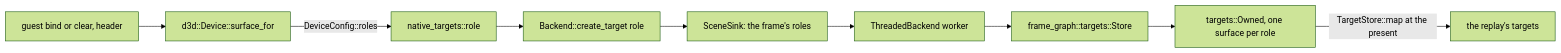
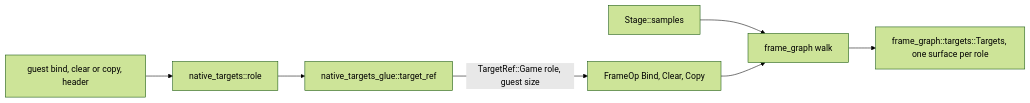
One commit to 0xdeafcafe/h2r changed the second of 2 diagrams in docs/graphics/retire-d3d-display.md. Above: the diagram before and after it, drawn with Mermaid (forest theme). The commit also changed other lines of this file and 5 other files, not shown here.

Commit message:
Water ocean: MTRP and 3trp templates through the group's object (0x137bd0: 0x2243a0, 0x2242a0, 0x224d70); a texture block or image still loading waits a frame (no texture_cold, texture_request, shader_group); docs: the graph's targets as the frame graph keeps them

````diff
--- a/docs/graphics/retire-d3d-display.md
+++ b/docs/graphics/retire-d3d-display.md
@@ -307,11 +307,9 @@
 ```mermaid
 flowchart LR
-  G[guest bind or clear, header] --> D[d3d::Device::surface_for]
-  D -->|DeviceConfig::roles| R[native_targets::role]
-  R --> T[Backend::create_target role]
-  T --> S[SceneSink: the frame's roles]
-  S --> W[ThreadedBackend worker]
-  W --> ST[frame_graph::targets::Store]
-  ST --> O[targets::Owned, one surface per role]
-  O -->|TargetStore::map at the present| P[the replay's targets]
+  G[guest bind, clear or copy, header] --> R[native_targets::role]
+  R --> T[native_targets_glue::target_ref]
+  T -->|TargetRef::Game role, guest size| F[FrameOp Bind, Clear, Copy]
+  S[Stage::samples] --> W
+  F --> W[frame_graph walk]
+  W --> ST[frame_graph::targets::Targets, one surface per role]
 ```
````
